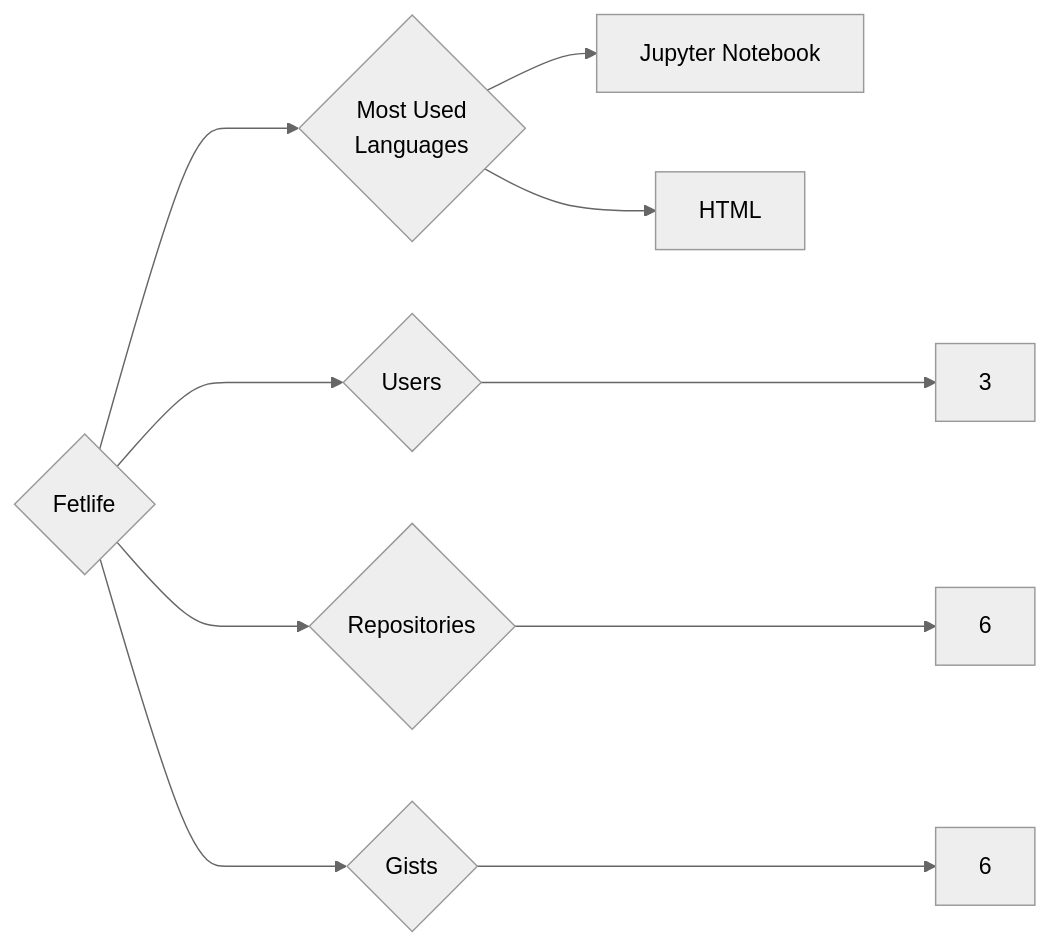
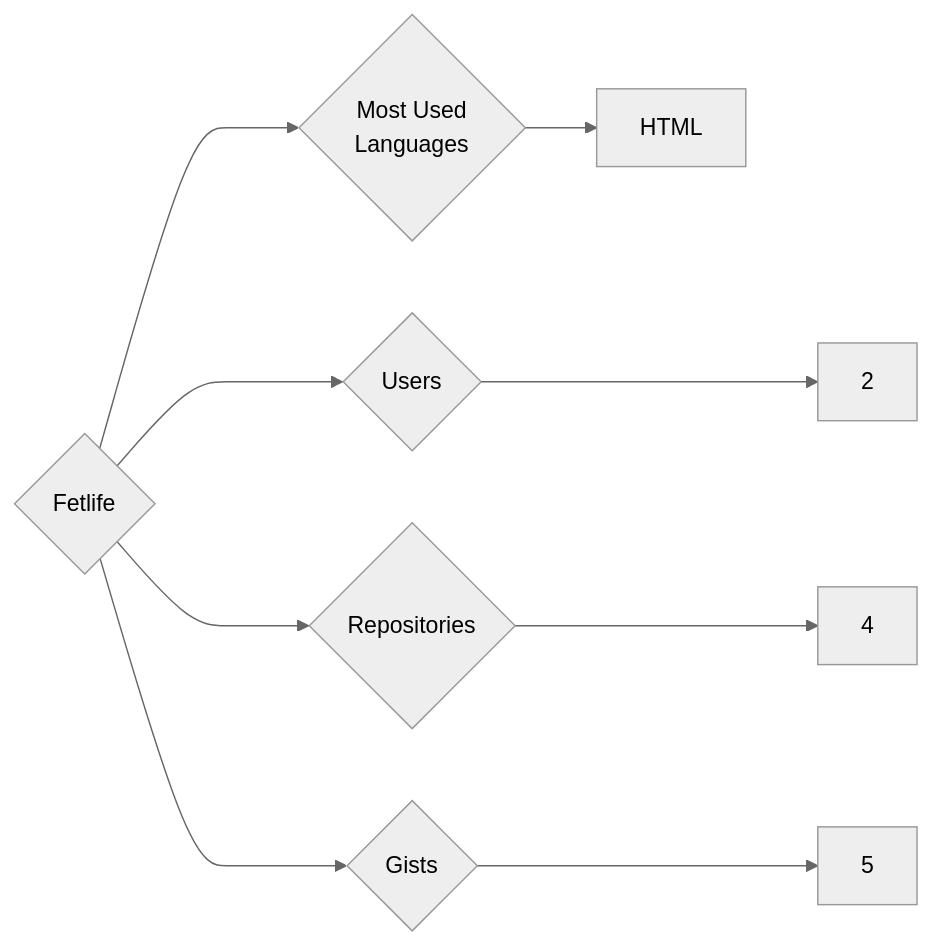
Before and after one commit to trickest/insiders: the diagram in targets/Fetlife/README.md, drawn with Mermaid (neutral theme). The commit also changed 880 other files, not shown here.

````diff
--- a/targets/Fetlife/README.md
+++ b/targets/Fetlife/README.md
@@ -3,10 +3,9 @@
 ```mermaid
 graph LR
 COMPANY_NAME{Fetlife}
-COMPANY_NAME ---> U{Users} ---> UN[3]
-COMPANY_NAME ---> R{Repositories} ---> RN[6]
-COMPANY_NAME ---> G{Gists} ---> GN[6]
+COMPANY_NAME ---> U{Users} ---> UN[2]
+COMPANY_NAME ---> R{Repositories} ---> RN[4]
+COMPANY_NAME ---> G{Gists} ---> GN[5]
 COMPANY_NAME ---> ML{Most Used<br>Languages}
-ML --> Jupyter_Notebook[Jupyter Notebook]
 ML --> HTML[HTML]
 ```
````
